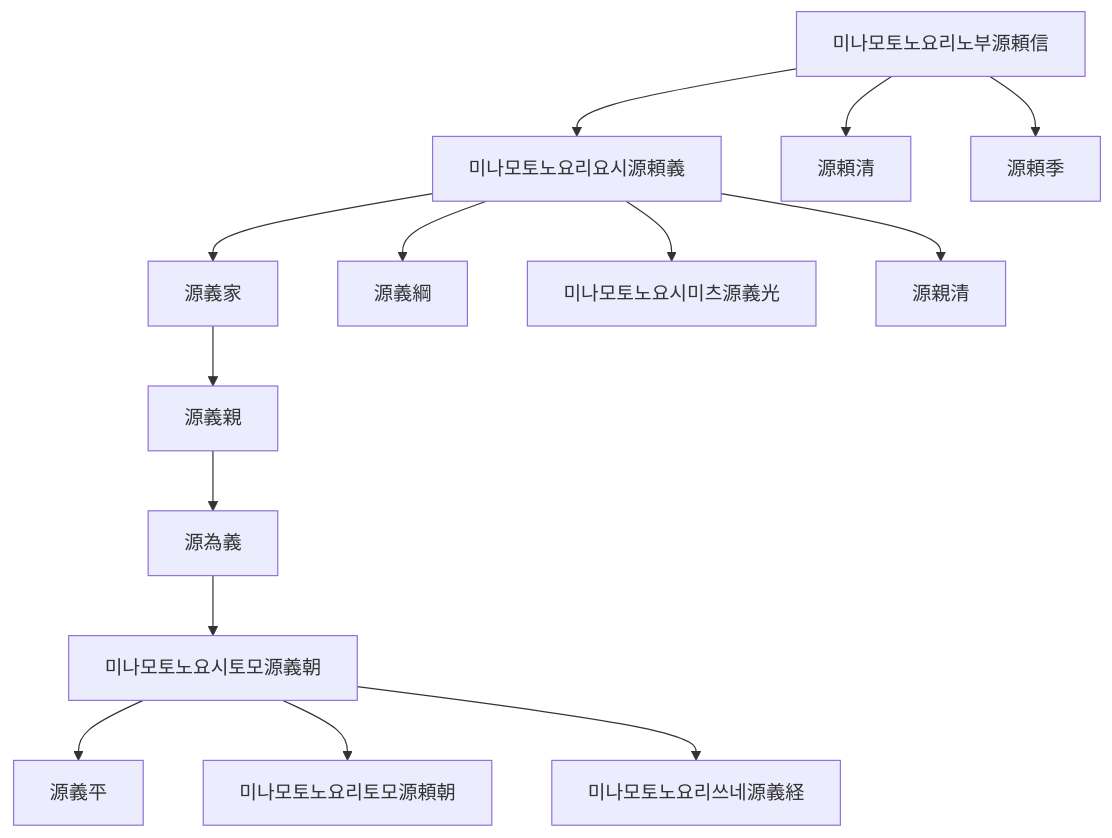
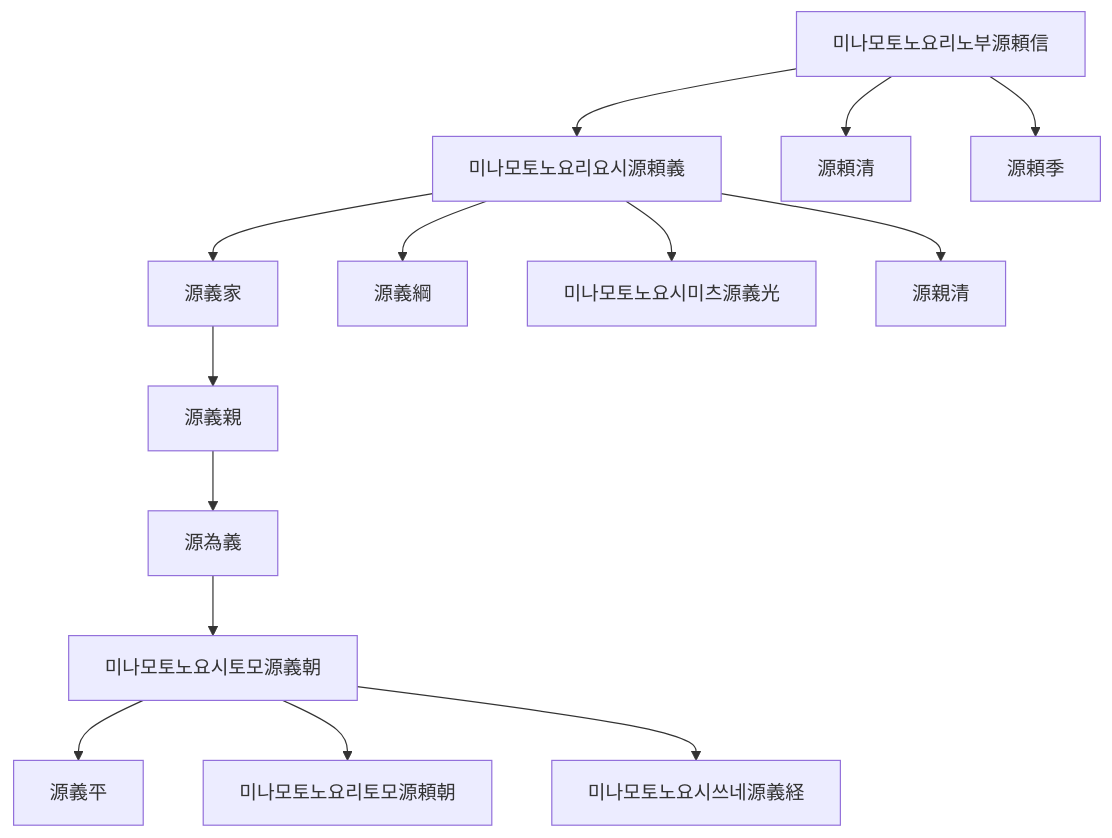
One commit to daewonyoon/historigram changed the second of 2 diagrams in 일본사/다이라-미나모토-인물.md. Above: the diagram before and after it, drawn with Mermaid.

Commit message:
요시쓰네

````diff
--- a/일본사/다이라-미나모토-인물.md
+++ b/일본사/다이라-미나모토-인물.md
@@ -19,18 +19,18 @@
 ```mermaid
 graph TB
 
   미나모토노요리노부源頼信 --> 미나모토노요리요시源頼義 
   미나모토노요리요시源頼義 --> 源義家
   미나모토노요리요시源頼義 --> 源義綱 
   미나모토노요리요시源頼義 --> 미나모토노요시미츠源義光
   미나모토노요리요시源頼義 --> 源親清
   미나모토노요리노부源頼信 --> 源頼清
   미나모토노요리노부源頼信 --> 源頼季
   源義家 --> 源義親 --> 源為義 --> 미나모토노요시토모源義朝
   미나모토노요시토모源義朝 --> 源義平
   미나모토노요시토모源義朝 --> 미나모토노요리토모源頼朝
-  미나모토노요시토모源義朝 --> 미나모토노요리쓰네源義経
+  미나모토노요시토모源義朝 --> 미나모토노요시쓰네源義経
 
 
 
 ```
````
